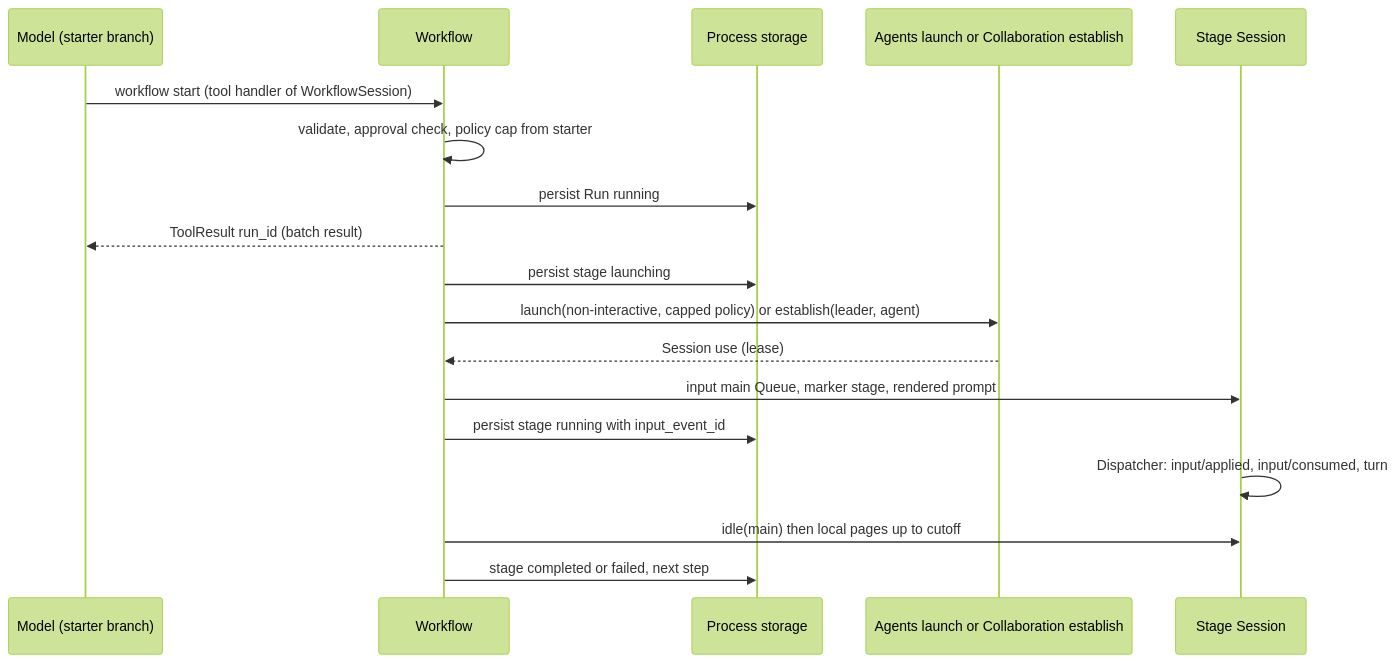
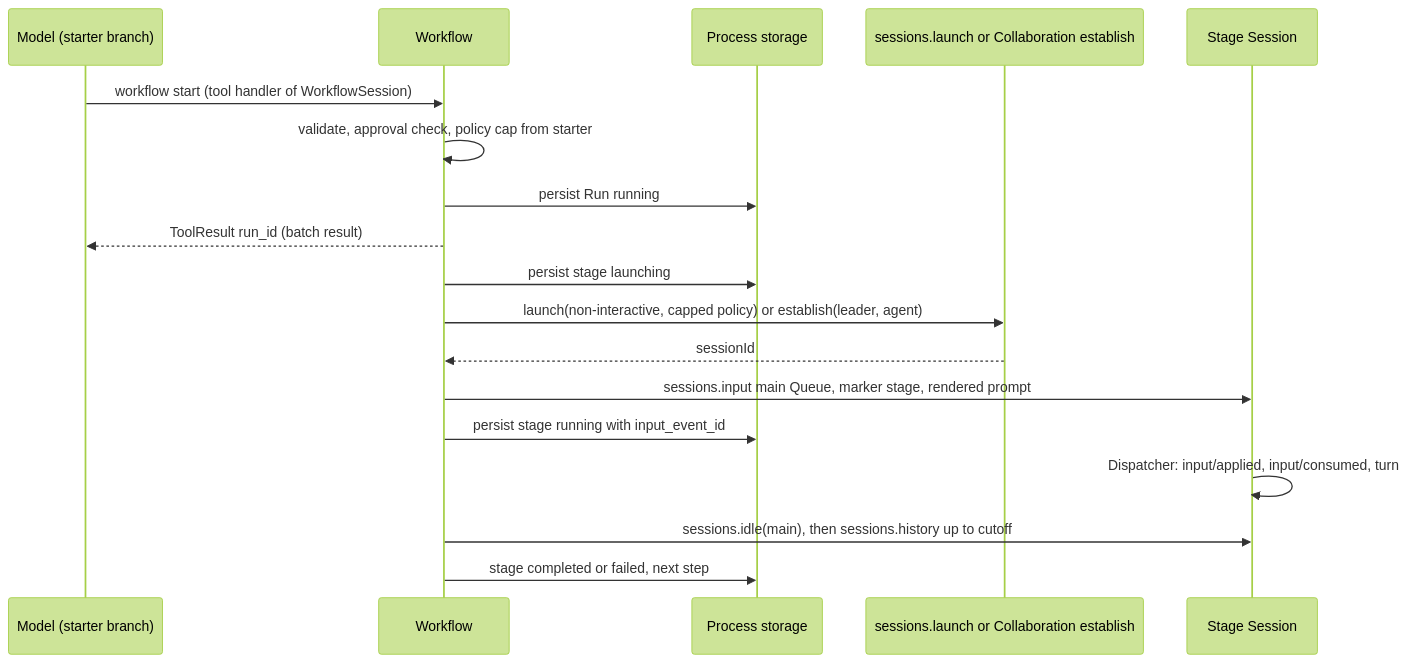
One commit to CoutinhoTTS/dim-agent changed the third of 6 diagrams in docs/design/plugins/Workflow.md. Above: the diagram before and after it, drawn with Mermaid (forest theme). The commit also changed other lines of this file and 3 other files, not shown here.

````diff
--- a/docs/design/plugins/Workflow.md
+++ b/docs/design/plugins/Workflow.md
@@ -96,20 +96,20 @@
 ```mermaid
 sequenceDiagram
   participant M as Model (starter branch)
   participant WF as Workflow
   participant ST as Process storage
-  participant AG as Agents launch or Collaboration establish
+  participant AG as sessions.launch or Collaboration establish
   participant SS as Stage Session
   M->>WF: workflow start (tool handler of WorkflowSession)
   WF->>WF: validate, approval check, policy cap from starter
   WF->>ST: persist Run running
   WF-->>M: ToolResult run_id (batch result)
   WF->>ST: persist stage launching
   WF->>AG: launch(non-interactive, capped policy) or establish(leader, agent)
-  AG-->>WF: Session use (lease)
-  WF->>SS: input main Queue, marker stage, rendered prompt
+  AG-->>WF: sessionId
+  WF->>SS: sessions.input main Queue, marker stage, rendered prompt
   WF->>ST: persist stage running with input_event_id
   SS->>SS: Dispatcher: input/applied, input/consumed, turn
-  WF->>SS: idle(main) then local pages up to cutoff
+  WF->>SS: sessions.idle(main), then sessions.history up to cutoff
   WF->>ST: stage completed or failed, next step
 ```
````
